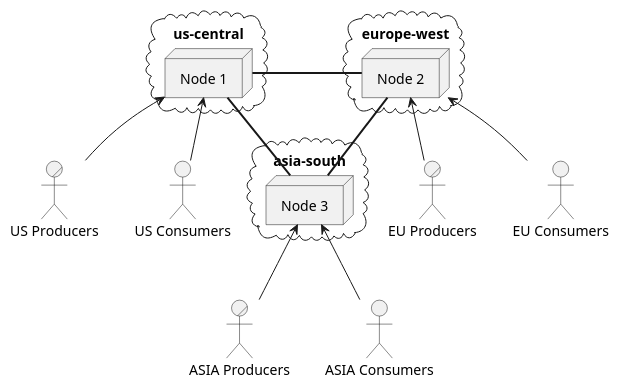
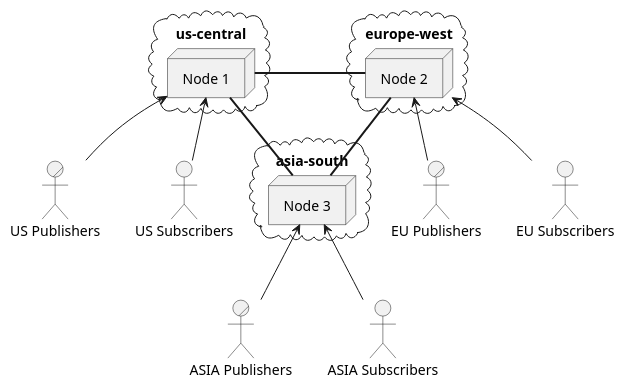
The diagram in diagrams/depl.puml (Marcel-MD/geo-distributed-message-broker), drawn with PlantUML before and after one commit. The commit also changed 14 other files, not shown here.

```diff
--- a/diagrams/depl.puml
+++ b/diagrams/depl.puml
@@ -1,35 +1,35 @@
 @startuml
 
-actor/ "US Producers" as P1
-actor/ "EU Producers" as P2
-actor/ "ASIA Producers" as P3
+actor/ "US Publishers" as P1
+actor/ "EU Publishers" as P2
+actor/ "ASIA Publishers" as P3
 
-actor "US Consumers" as C1
-actor "EU Consumers" as C2
-actor "ASIA Consumers" as C3
+actor "US Subscribers" as C1
+actor "EU Subscribers" as C2
+actor "ASIA Subscribers" as C3
 
 
 cloud us-central {
   node "Node 1" as N1
 }
 cloud europe-west {
   node "Node 2" as N2
 }
 cloud asia-south {
   node "Node 3" as N3
 }
 
 N1 = N2
 N2 == N3
 N3 == N1
 
 N1 <-- P1
 N1 <-- C1
 
 N2 <-- P2
 N2 <-- C2
 
 P3 -up-> N3
 C3 -up-> N3
 
 @enduml
```
